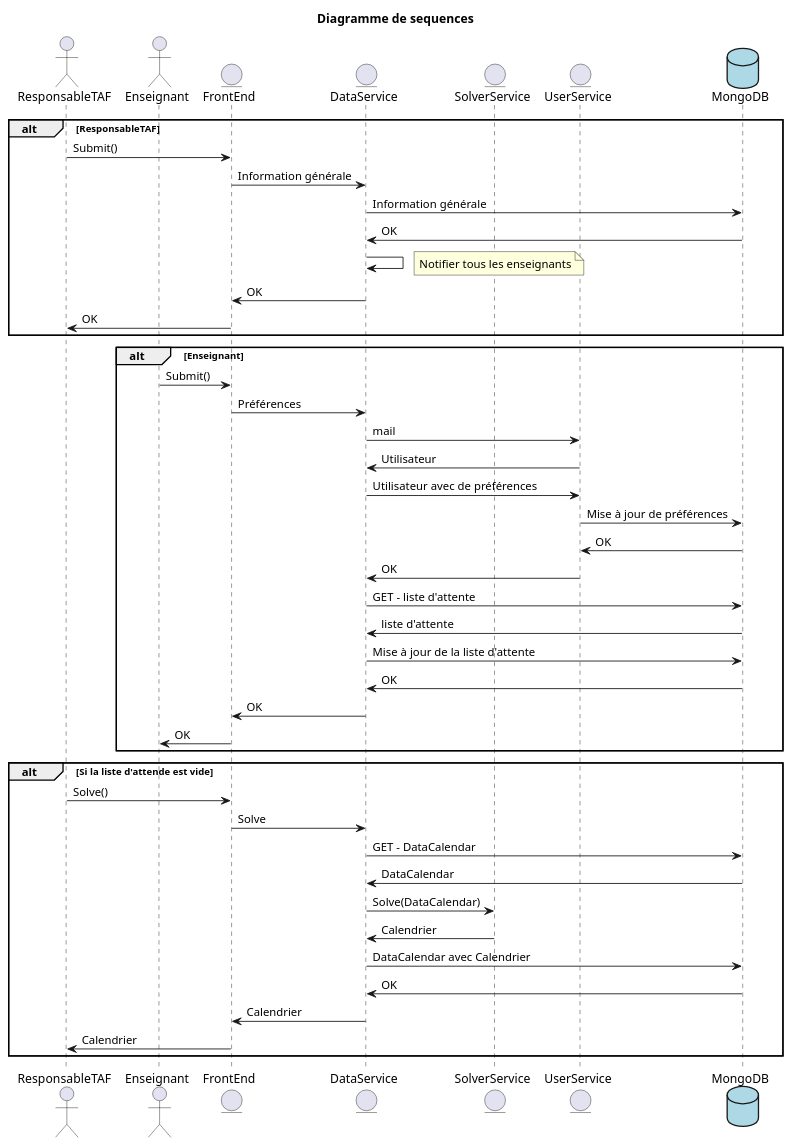
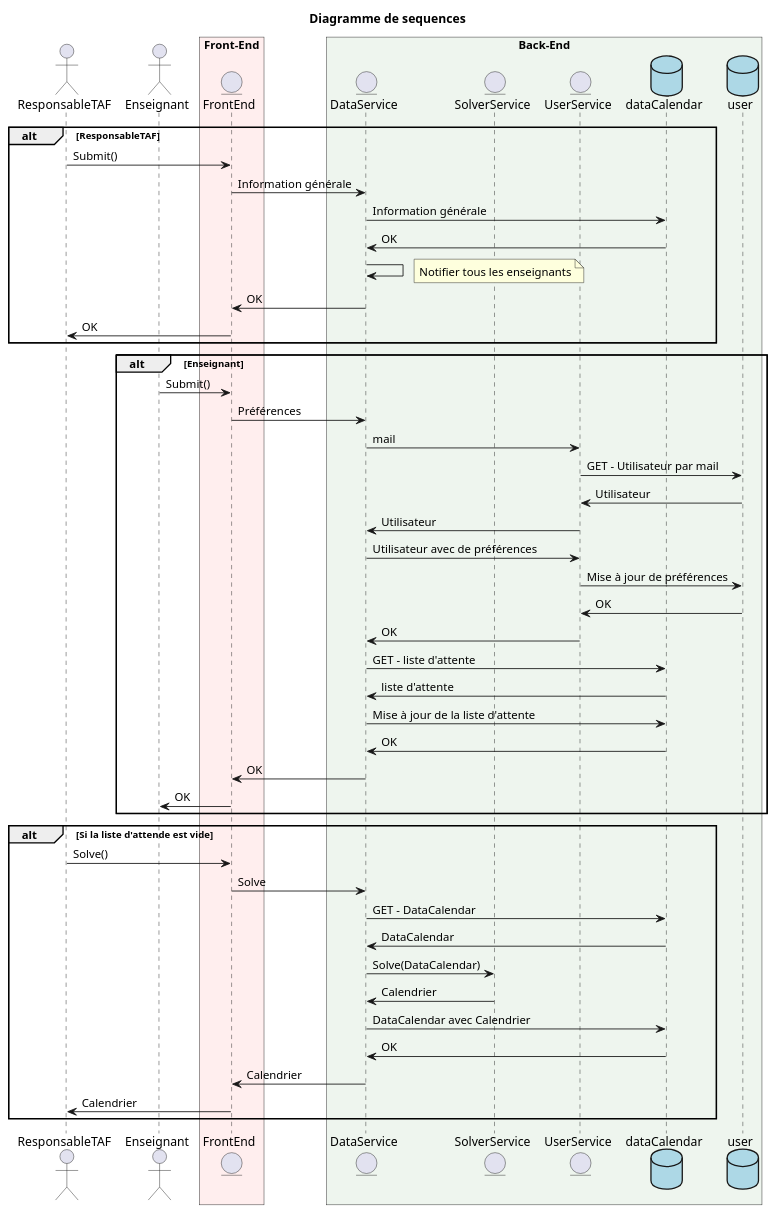
One commit to TheoLeCalvar/Planify changed the diagram in back-end/diagram.puml. Above: the diagram before and after it, drawn with PlantUML.

```diff
--- a/back-end/diagram.puml
+++ b/back-end/diagram.puml
@@ -1,55 +1,65 @@
 @startuml Diagramme
 
 title Diagramme de sequences
+
 actor ResponsableTAF
 actor Enseignant
-entity FrontEnd
-entity DataService
-entity SolverService
-entity UserService
-database MongoDB #LightBlue
+
+box "Front-End" #FFEEEE
+    entity FrontEnd
+end box
+
+box "Back-End" #EEF5EE
+    entity DataService
+    entity SolverService
+    entity UserService
+    database dataCalendar #LightBlue
+    database user #LightBlue
+end box
 
 alt ResponsableTAF
     ResponsableTAF -> FrontEnd: Submit()
     FrontEnd -> DataService: Information générale
-    DataService -> MongoDB: Information générale
-    MongoDB -> DataService: OK
+    DataService -> dataCalendar: Information générale
+    dataCalendar -> DataService: OK
     DataService -> DataService
     note right
         Notifier tous les enseignants
     end note
     DataService -> FrontEnd: OK
     FrontEnd -> ResponsableTAF: OK
 end
 
 alt Enseignant
     Enseignant -> FrontEnd: Submit()
     FrontEnd -> DataService: Préférences
     DataService -> UserService: mail
+    UserService -> user: GET - Utilisateur par mail
+    user -> UserService: Utilisateur
     UserService -> DataService: Utilisateur
     DataService -> UserService: Utilisateur avec de préférences
-    UserService -> MongoDB: Mise à jour de préférences
-    MongoDB -> UserService: OK
+    UserService -> user: Mise à jour de préférences
+    user -> UserService: OK
     UserService -> DataService: OK
-    DataService -> MongoDB: GET - liste d'attente
-    MongoDB -> DataService: liste d'attente
-    DataService -> MongoDB: Mise à jour de la liste d'attente
-    MongoDB -> DataService: OK
+    DataService -> dataCalendar: GET - liste d'attente
+    dataCalendar -> DataService: liste d'attente
+    DataService -> dataCalendar: Mise à jour de la liste d'attente
+    dataCalendar -> DataService: OK
     DataService -> FrontEnd: OK
     FrontEnd -> Enseignant: OK
 end
 
 alt Si la liste d'attende est vide
     ResponsableTAF -> FrontEnd: Solve()
     FrontEnd -> DataService: Solve
-    DataService -> MongoDB: GET - DataCalendar
-    MongoDB -> DataService: DataCalendar
+    DataService -> dataCalendar: GET - DataCalendar
+    dataCalendar -> DataService: DataCalendar
     DataService -> SolverService: Solve(DataCalendar)
     SolverService -> DataService: Calendrier
-    DataService -> MongoDB: DataCalendar avec Calendrier
-    MongoDB -> DataService: OK
+    DataService -> dataCalendar: DataCalendar avec Calendrier
+    dataCalendar -> DataService: OK
     DataService -> FrontEnd: Calendrier
     FrontEnd -> ResponsableTAF: Calendrier
 end
 
 @enduml
```
